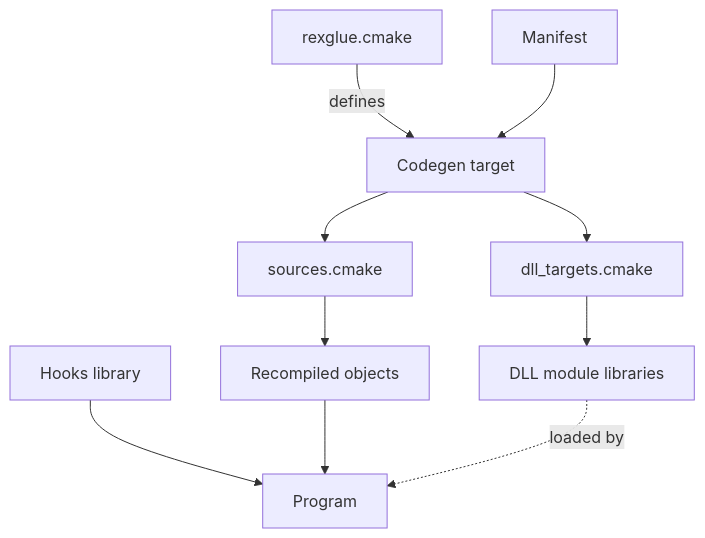
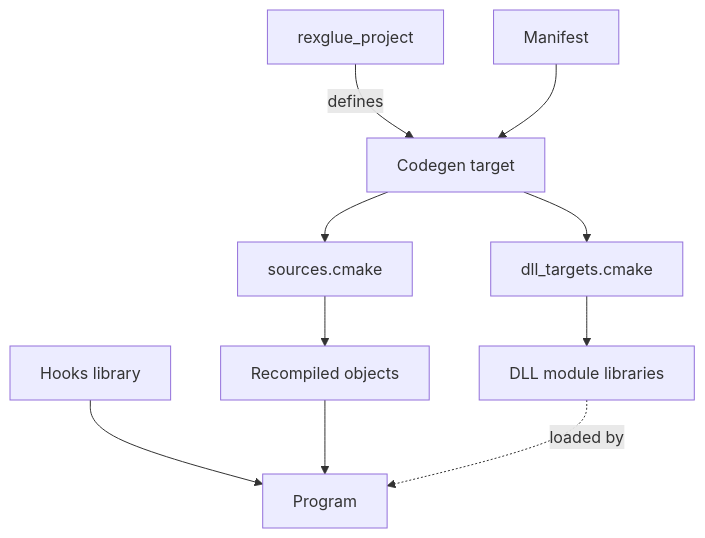
One commit to rexglue/rexglue-sdk changed the diagram in docs/site/pages/codegen/generated-code.md. Above: the diagram before and after it, drawn with Mermaid. The commit also changed other lines of this file and 31 other files, not shown here.

Commit message:
build: set a project up with find_package and rexglue_project

````diff
--- a/docs/site/pages/codegen/generated-code.md
+++ b/docs/site/pages/codegen/generated-code.md
@@ -152,12 +152,12 @@
 ```mermaid
 flowchart TD
-    cmake["rexglue.cmake"] -- defines --> codegen["Codegen target"]
+    cmake["rexglue_project"] -- defines --> codegen["Codegen target"]
     manifest["Manifest"] --> codegen
     codegen --> sources["sources.cmake"]
     codegen --> dll["dll_targets.cmake"]
     sources --> recomp["Recompiled objects"]
     hooks["Hooks library"] --> exe["Program"]
     recomp --> exe
     dll --> modules["DLL module libraries"]
     modules -. loaded by .-> exe
 ```
````
